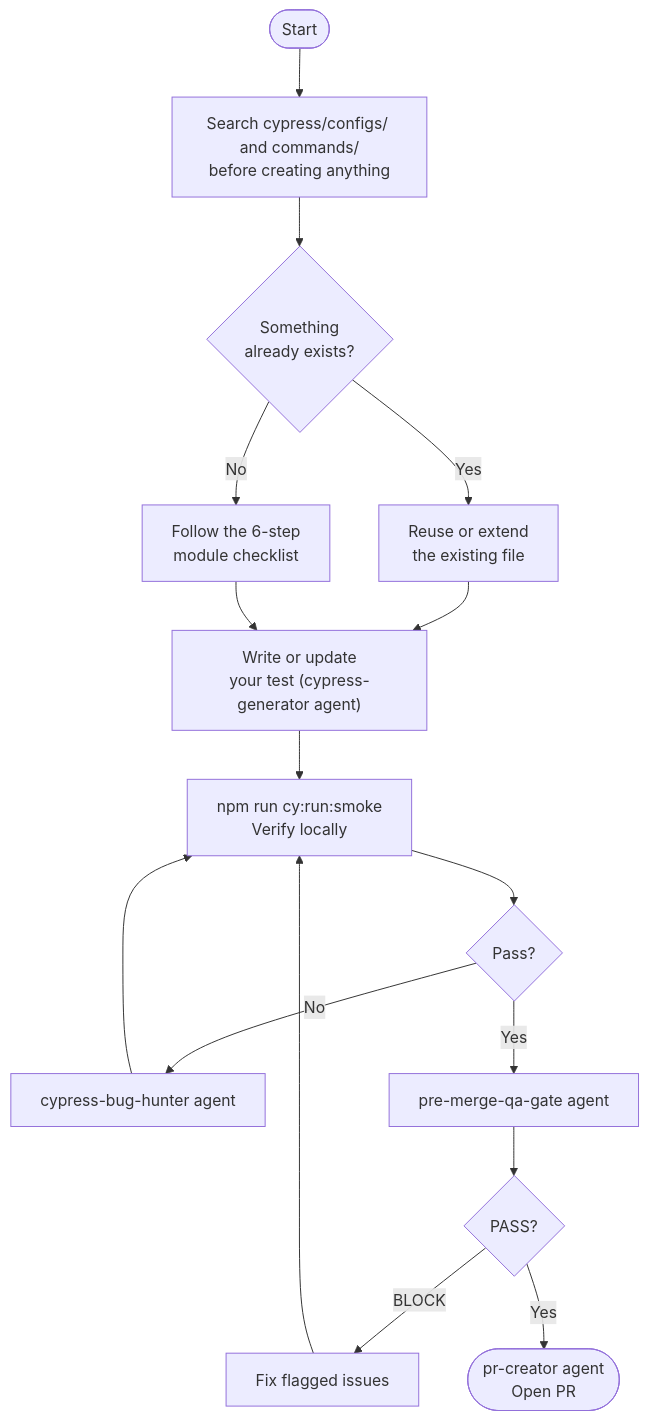
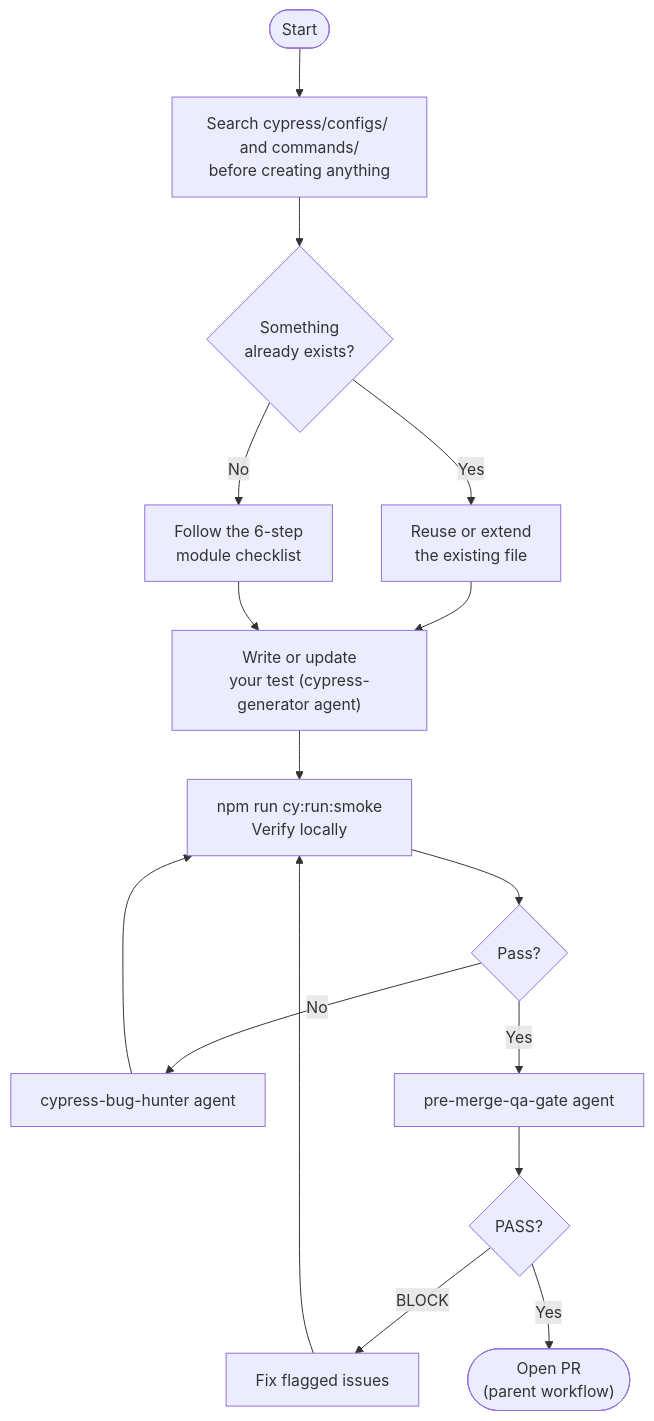
One commit to lfyagya/AI-Agentic-Test-Development changed the diagram in CONTRIBUTING.md. Above: the diagram before and after it, drawn with Mermaid. The commit also changed 11 other files, not shown here.

````diff
--- a/CONTRIBUTING.md
+++ b/CONTRIBUTING.md
@@ -27,18 +27,18 @@
 ```mermaid
 flowchart TD
     A(["Start"]) --> B["Search cypress/configs/ and commands/\nbefore creating anything"]
     B --> C{"Something\nalready exists?"}
     C -- Yes --> D["Reuse or extend\nthe existing file"]
     C -- No --> E["Follow the 6-step\nmodule checklist"]
     D --> F["Write or update\nyour test (cypress-generator agent)"]
     E --> F
     F --> G["npm run cy:run:smoke\nVerify locally"]
     G --> H{Pass?}
     H -- No --> I["cypress-bug-hunter agent"]
     I --> G
     H -- Yes --> J["pre-merge-qa-gate agent"]
     J --> K{PASS?}
     K -- BLOCK --> L["Fix flagged issues"]
     L --> G
-    K -- Yes --> M(["pr-creator agent\nOpen PR"])
+    K -- Yes --> M(["Open PR\n(parent workflow)"])
 ```
````
